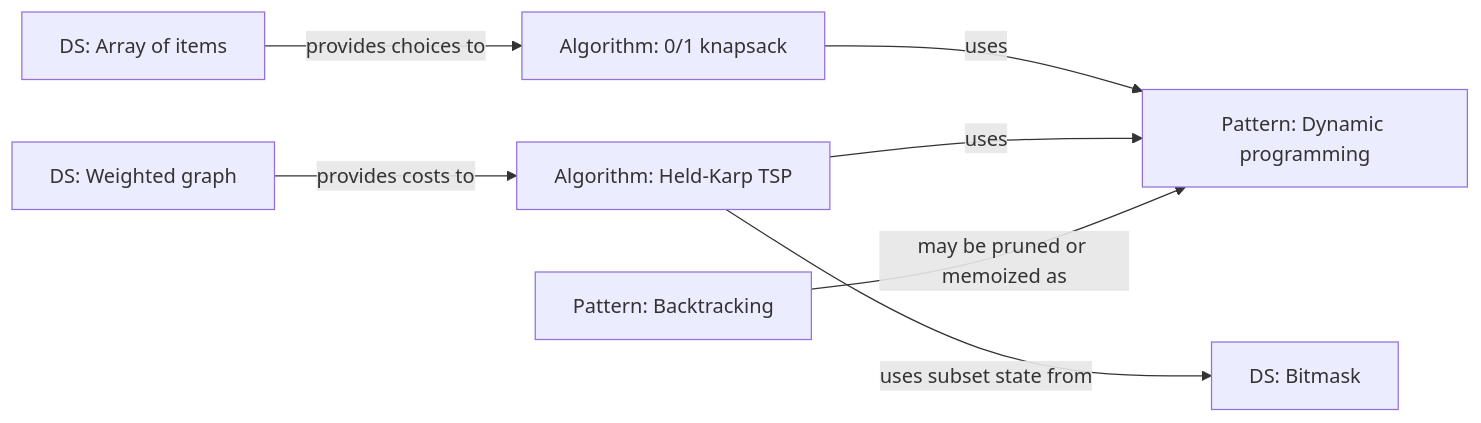
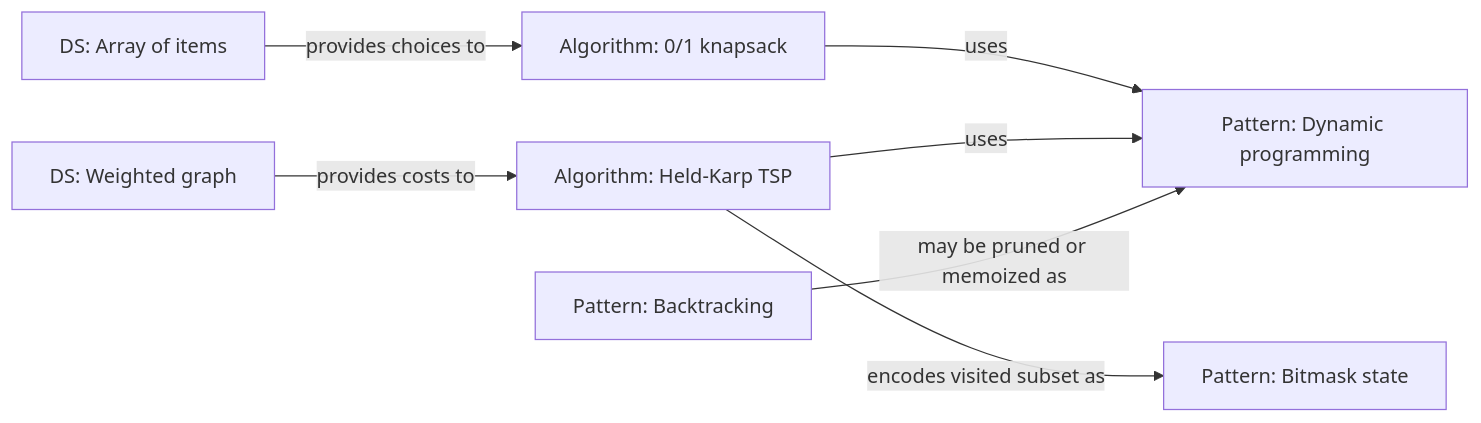
The fourth of 4 diagrams in diagrams/dsa-relationships.md (JT2M0L3Y/dsa), drawn with Mermaid before and after one commit. The commit also changed other lines of this file and 1 other file, not shown here.

Commit message:
Clarify tree and bitmask diagram labels

````diff
--- a/diagrams/dsa-relationships.md
+++ b/diagrams/dsa-relationships.md
@@ -87,9 +89,9 @@
 ```mermaid
 flowchart LR
     Items[DS: Array of items] -->|provides choices to| Knapsack[Algorithm: 0/1 knapsack]
     Knapsack -->|uses| DP[Pattern: Dynamic programming]
     Graph[DS: Weighted graph] -->|provides costs to| TSP[Algorithm: Held-Karp TSP]
-    TSP -->|uses subset state from| Bitmask[DS: Bitmask]
+    TSP -->|encodes visited subset as| Bitmask[Pattern: Bitmask state]
     TSP -->|uses| DP
     Choices[Pattern: Backtracking] -->|may be pruned or memoized as| DP
 ```
````
